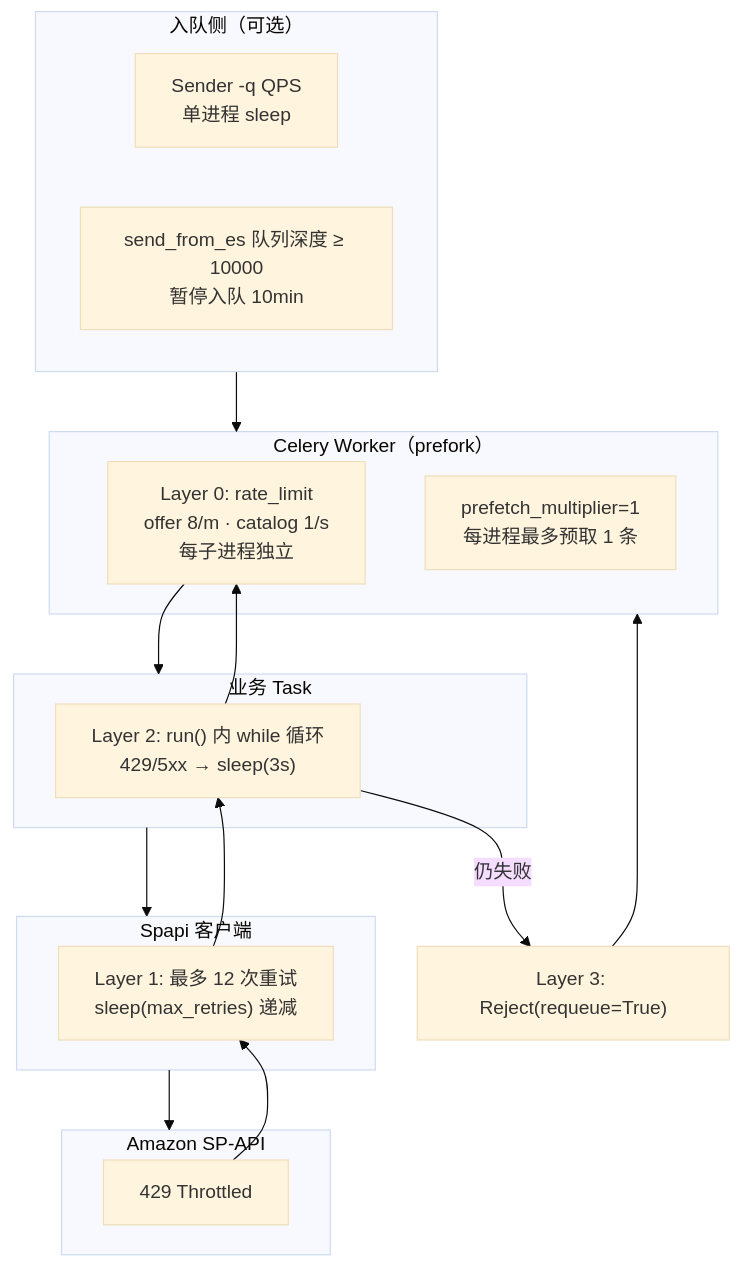
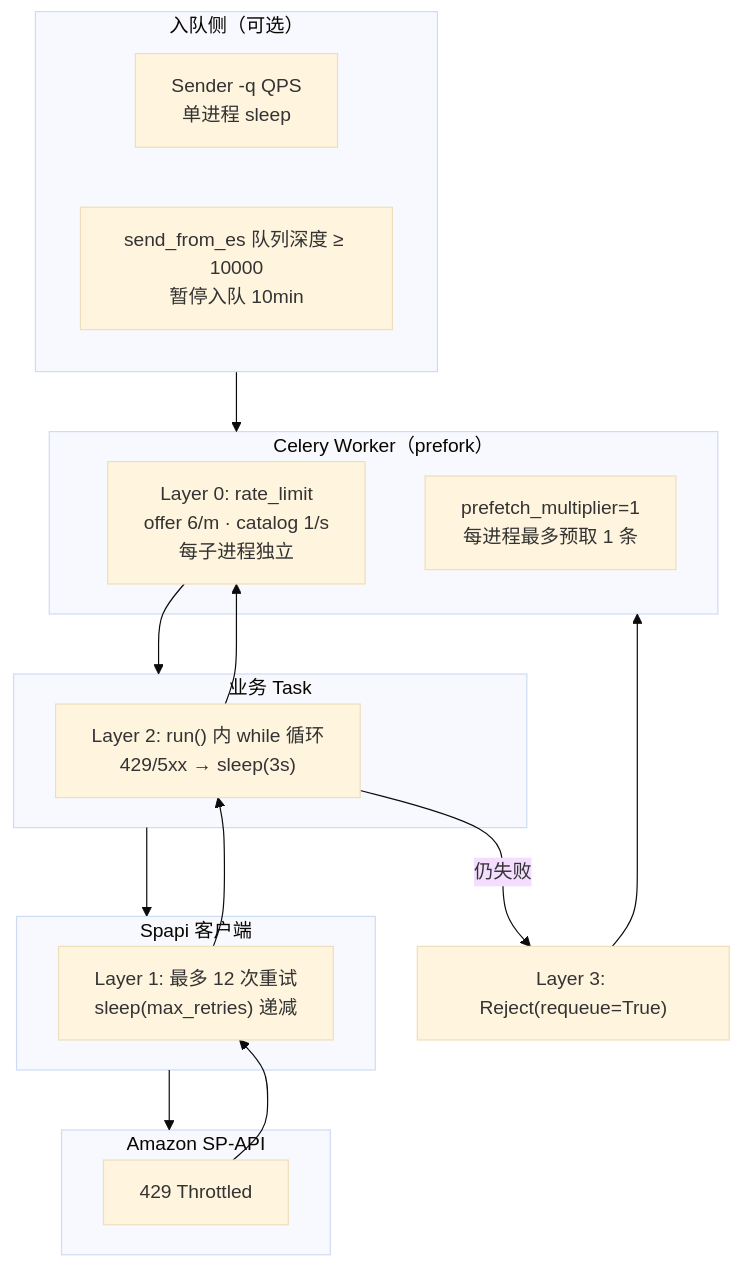
The first of 3 diagrams in docs/SPAPI_RATE_LIMITING.md (AriseshineSky/em-spapi-celery), drawn with Mermaid (base theme) before and after one commit. The commit also changed other lines of this file and 17 other files, not shown here.

````diff
--- a/docs/SPAPI_RATE_LIMITING.md
+++ b/docs/SPAPI_RATE_LIMITING.md
@@ -109,30 +107,30 @@
 ```mermaid
 flowchart TB
   subgraph Send["入队侧（可选）"]
     QPS["Sender -q QPS<br/>单进程 sleep"]
     QB["send_from_es 队列深度 ≥ 10000<br/>暂停入队 10min"]
   end
 
   subgraph Celery["Celery Worker（prefork）"]
-    RL["Layer 0: rate_limit<br/>offer 8/m · catalog 1/s<br/>每子进程独立"]
+    RL["Layer 0: rate_limit<br/>offer 6/m · catalog 1/s<br/>每子进程独立"]
     PF["prefetch_multiplier=1<br/>每进程最多预取 1 条"]
   end
 
   subgraph Task["业务 Task"]
     L2["Layer 2: run() 内 while 循环<br/>429/5xx → sleep(3s)"]
   end
 
   subgraph Spapi["Spapi 客户端"]
     L1["Layer 1: 最多 12 次重试<br/>sleep(max_retries) 递减"]
   end
 
   subgraph Amazon["Amazon SP-API"]
     API["429 Throttled"]
   end
 
   Send --> Celery
   RL --> Task --> Spapi --> Amazon
   API --> L1 --> L2 --> RL
   L2 -->|仍失败| REJ["Layer 3: Reject(requeue=True)"]
   REJ --> Celery
 ```
````
